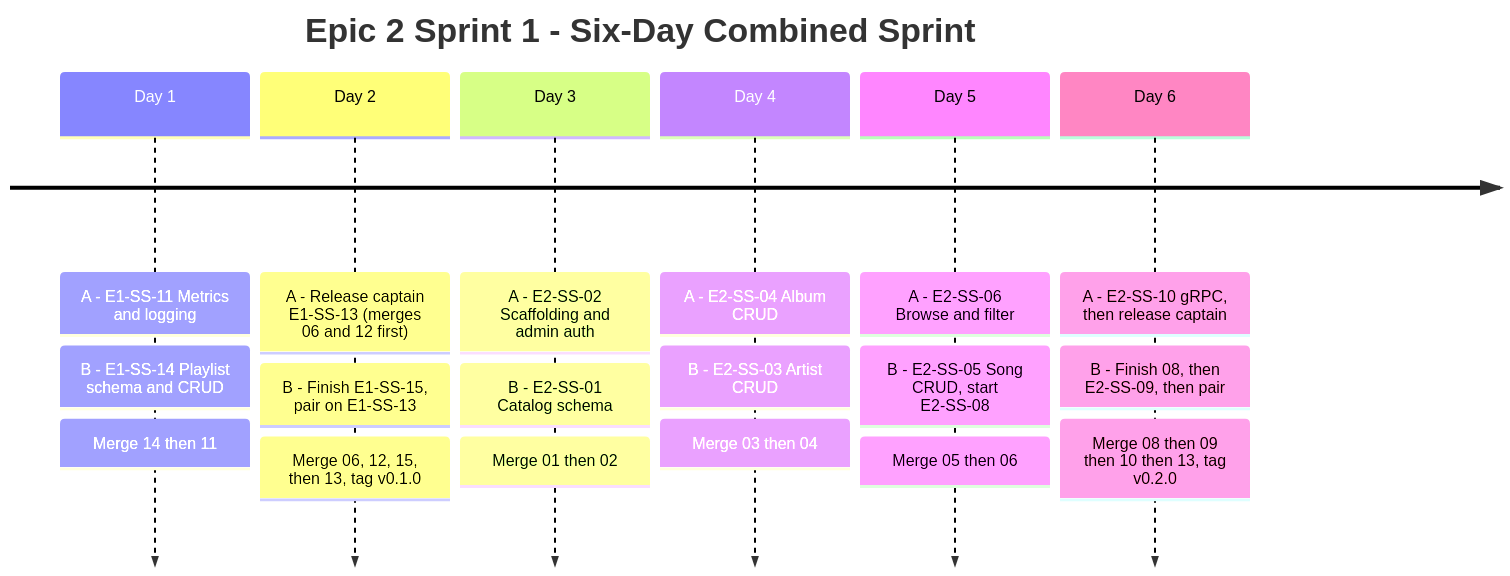
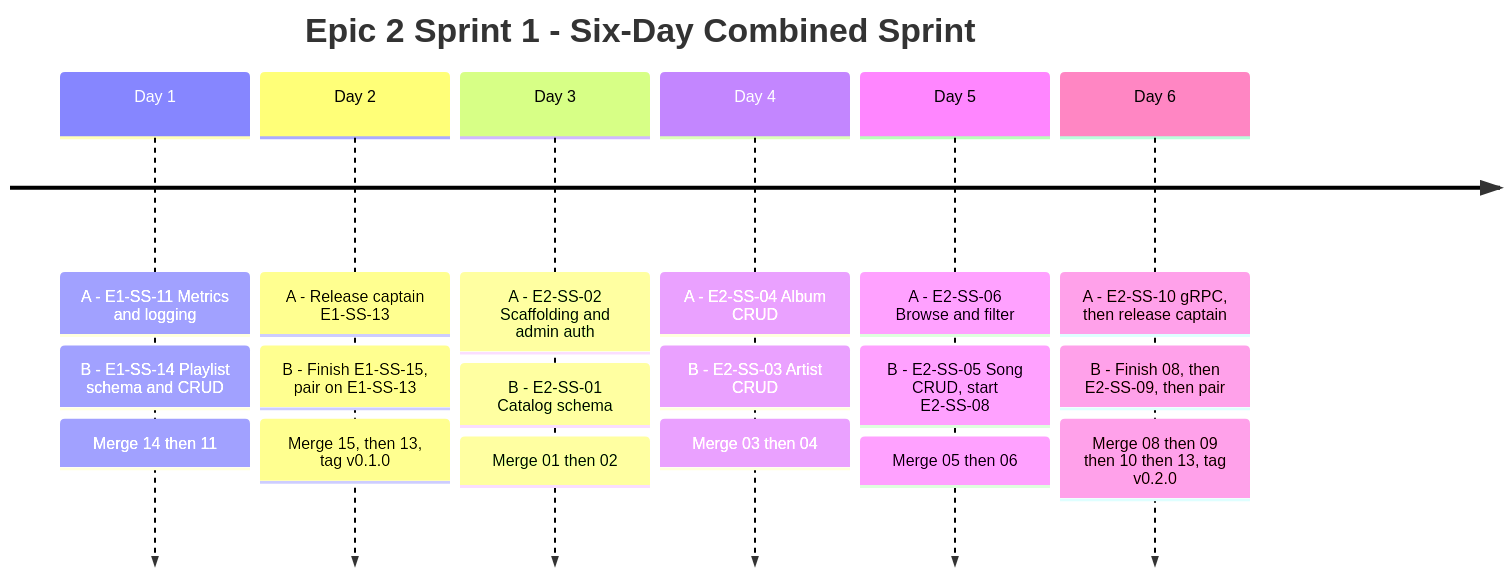
One commit to jeelan-ds786/music-recommender-system changed the first of 2 diagrams in Sprint deliverables/Epic 2/Sprint Tracker/Sprint 1/Sprint1_Tracker.md. Above: the diagram before and after it, drawn with Mermaid. The commit also changed other lines of this file and 2 other files, not shown here.

````diff
--- a/Sprint deliverables/Epic 2/Sprint Tracker/Sprint 1/Sprint1_Tracker.md
+++ b/Sprint deliverables/Epic 2/Sprint Tracker/Sprint 1/Sprint1_Tracker.md
@@ -25,22 +25,22 @@
 ```mermaid
 timeline
     title Epic 2 Sprint 1 - Six-Day Combined Sprint
     Day 1 : A - E1-SS-11 Metrics and logging
           : B - E1-SS-14 Playlist schema and CRUD
           : Merge 14 then 11
-    Day 2 : A - Release captain E1-SS-13 (merges 06 and 12 first)
+    Day 2 : A - Release captain E1-SS-13
           : B - Finish E1-SS-15, pair on E1-SS-13
-          : Merge 06, 12, 15, then 13, tag v0.1.0
+          : Merge 15, then 13, tag v0.1.0
     Day 3 : A - E2-SS-02 Scaffolding and admin auth
           : B - E2-SS-01 Catalog schema
           : Merge 01 then 02
     Day 4 : A - E2-SS-04 Album CRUD
           : B - E2-SS-03 Artist CRUD
           : Merge 03 then 04
     Day 5 : A - E2-SS-06 Browse and filter
           : B - E2-SS-05 Song CRUD, start E2-SS-08
           : Merge 05 then 06
     Day 6 : A - E2-SS-10 gRPC, then release captain
           : B - Finish 08, then E2-SS-09, then pair
           : Merge 08 then 09 then 10 then 13, tag v0.2.0
 ```
````
